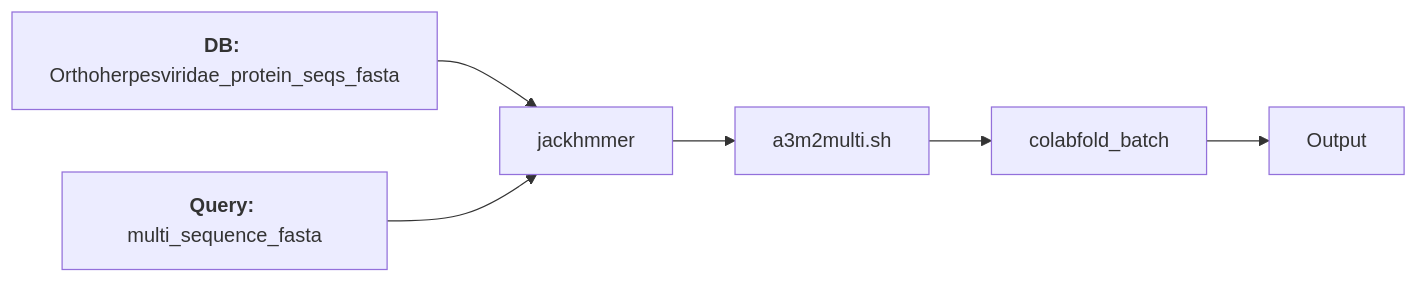
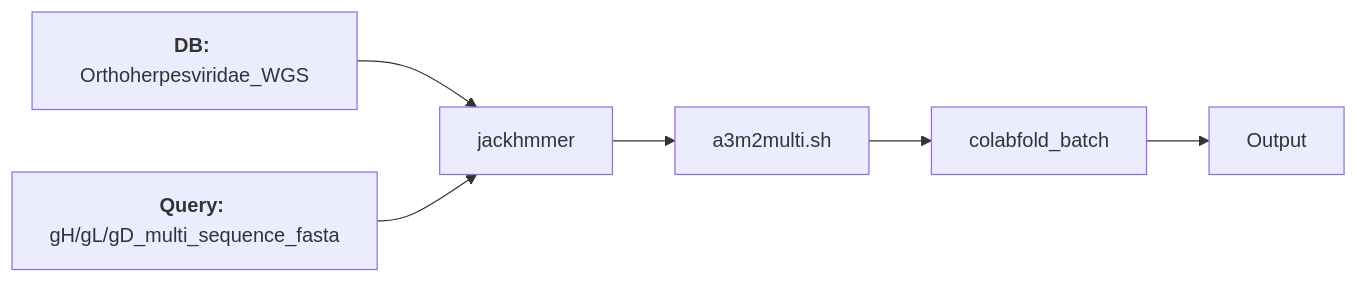
One commit to ntnn19/Tom_Topf changed the second of 6 diagrams in README.md. Above: the diagram before and after it, drawn with Mermaid. The commit also changed other lines of this file, not shown here.

````diff
--- a/README.md
+++ b/README.md
@@ -17,6 +21,5 @@
 ```mermaid
 graph LR;
-  id1["`**DB:** Orthoherpesviridae_protein_seqs_fasta`"]  --> jackhmmer --> a3m2multi.sh --> colabfold_batch --> Output;
-  id2["`**Query:** multi_sequence_fasta`"] --> jackhmmer
-%%  id1[DB: Orthoherpesviridae_protein_seqs_fasta\nQuery: multi_sequence_fasta]  --> jackhmmer --> a3m2multi.sh --> colabfold_batch --> Output;
+  id1["`**DB:** Orthoherpesviridae_WGS`"]  --> jackhmmer --> a3m2multi.sh --> colabfold_batch --> Output;
+  id2["`**Query:** gH/gL/gD_multi_sequence_fasta`"] --> jackhmmer
 ```
````
